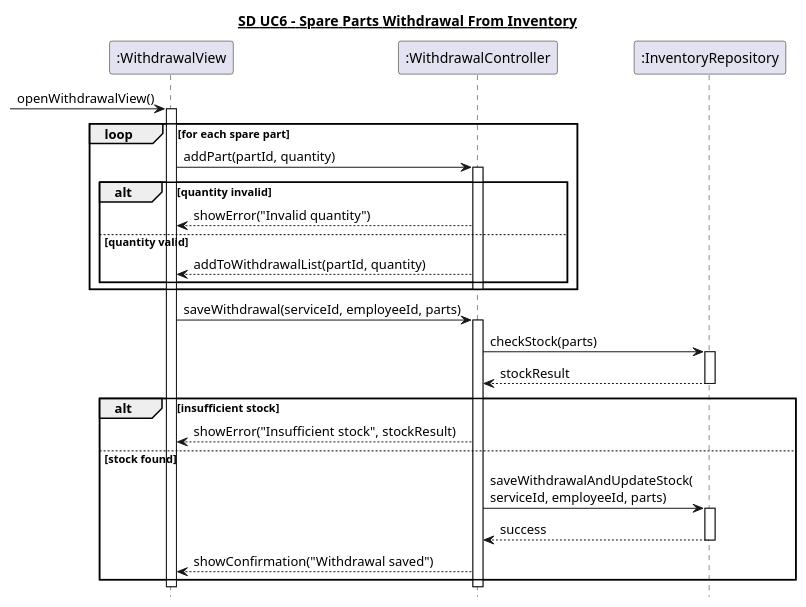
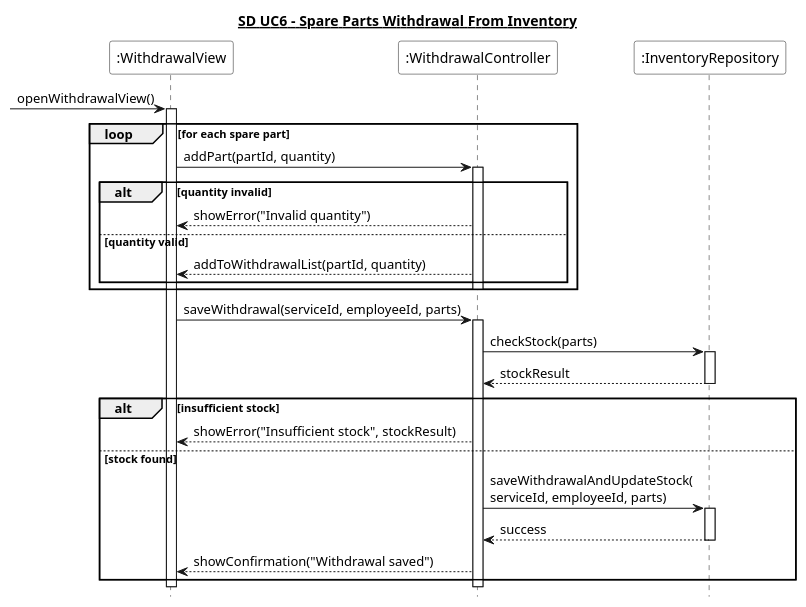
Before and after one commit to Zoabz/Getting-Real: the diagram in 6. Sekvens Diagrammer/UC6_reservedel_udtag.puml, drawn with PlantUML. The commit also changed 8 other files, not shown here.

```diff
--- a/6. Sekvens Diagrammer/UC6_reservedel_udtag.puml
+++ b/6. Sekvens Diagrammer/UC6_reservedel_udtag.puml
@@ -1,49 +1,49 @@
 @startuml
 hide footbox
 title <U>SD UC6 - Spare Parts Withdrawal From Inventory</U>
 
-participant ":WithdrawalView" as View
-participant ":WithdrawalController" as Controller
-participant ":InventoryRepository" as Repository
+participant ":WithdrawalView" as View #White
+participant ":WithdrawalController" as Controller #White
+participant ":InventoryRepository" as Repository #White
 
 [-> View : openWithdrawalView()
 activate View
 
 loop for each spare part
     View -> Controller : addPart(partId, quantity)
     activate Controller
 
     alt quantity invalid
         Controller --> View : showError("Invalid quantity")
 
     else quantity valid 
         Controller --> View : addToWithdrawalList(partId, quantity)
     end
 
     deactivate Controller
 end
 
 View -> Controller : saveWithdrawal(serviceId, employeeId, parts)
 activate Controller
 
 Controller -> Repository : checkStock(parts)
 activate Repository
 Repository --> Controller : stockResult
 deactivate Repository
 
 alt insufficient stock
     Controller --> View : showError("Insufficient stock", stockResult)
 
 else stock found 
     Controller -> Repository : saveWithdrawalAndUpdateStock(\nserviceId, employeeId, parts)
     activate Repository
     Repository --> Controller : success
     deactivate Repository
 
     Controller --> View : showConfirmation("Withdrawal saved")
 end
 
 deactivate Controller
 deactivate View
 
 @enduml
```
